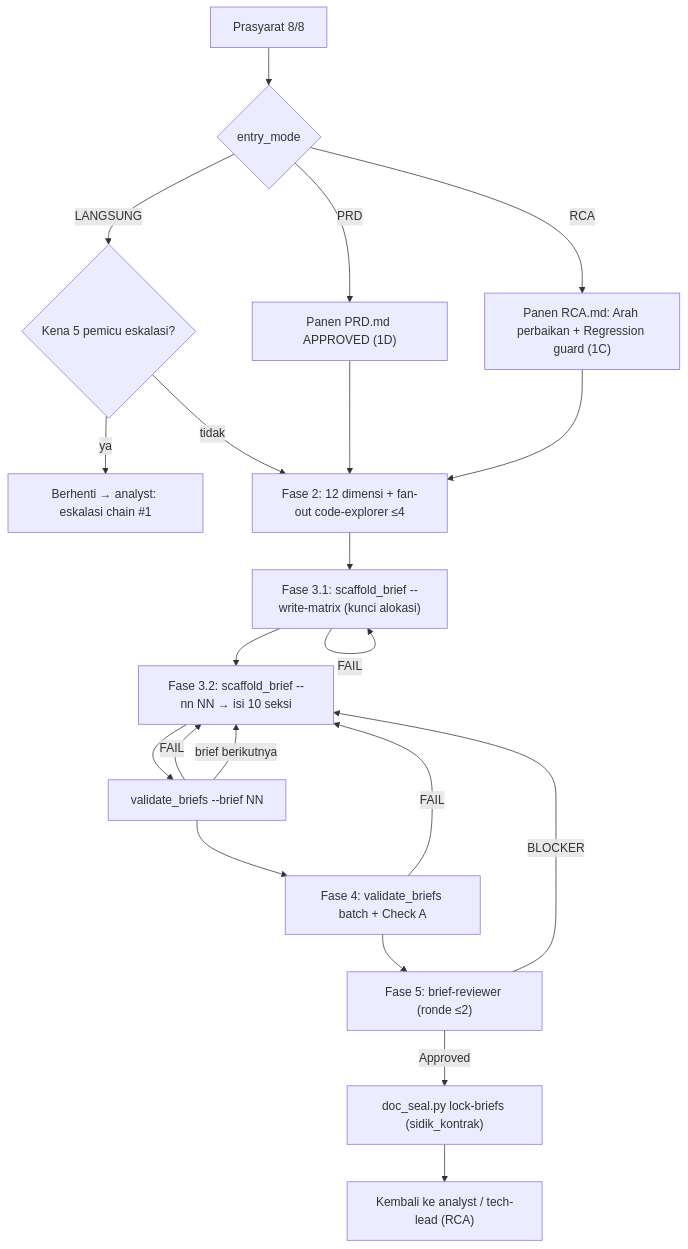
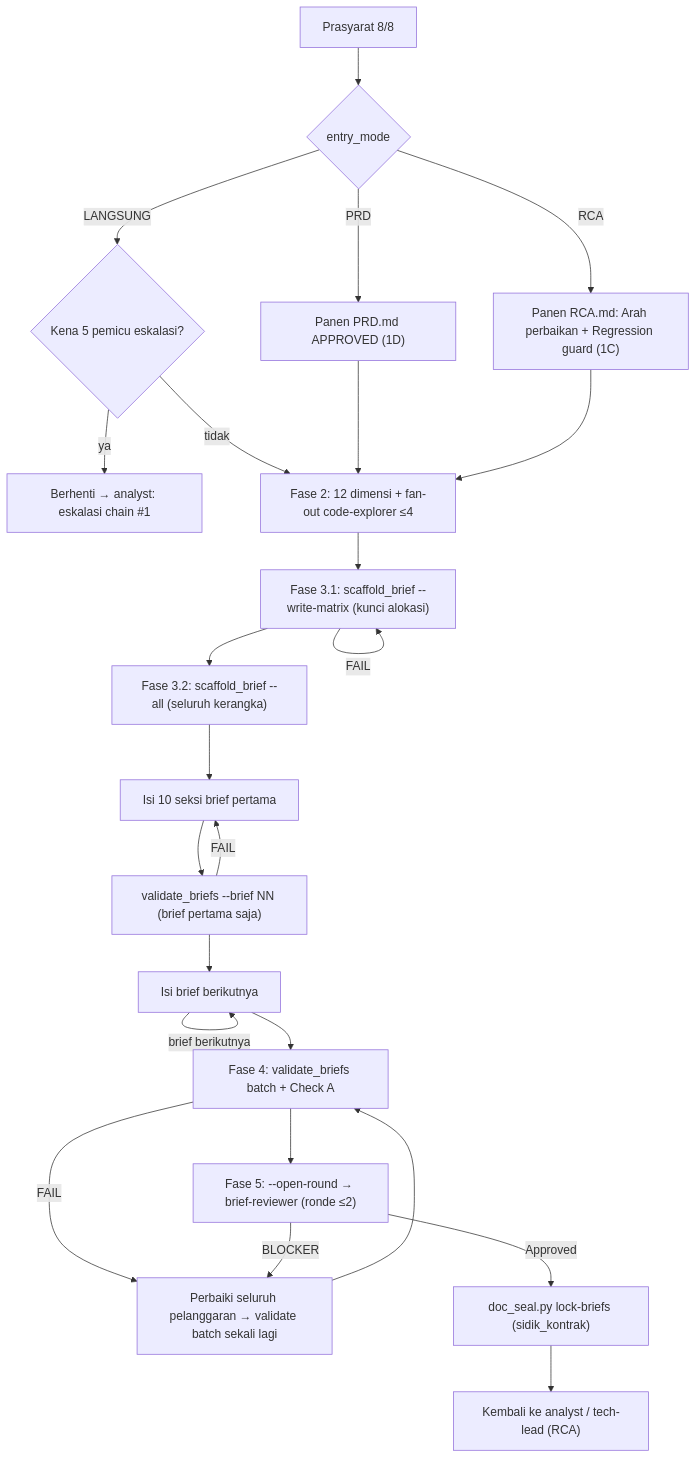
Before and after one commit to nataflow/agentic-workflow: the fourth of 7 diagrams in flow/backend.md, drawn with Mermaid. The commit also changed other lines of this file and 9 other files, not shown here.

First line of the commit message:
feat(backend): plan hemat giliran — kerangka sekaligus, --open-round membawa state, gerbang brief pertama, contoh spec (35 G1–G4)

````diff
--- a/flow/backend.md
+++ b/flow/backend.md
@@ -324,23 +324,26 @@
 ```mermaid
 flowchart TD
     A["Prasyarat 8/8"] --> B{"entry_mode"}
     B -->|PRD| B1["Panen PRD.md APPROVED (1D)"]
     B -->|RCA| B2["Panen RCA.md: Arah perbaikan + Regression guard (1C)"]
     B -->|LANGSUNG| B3{"Kena 5 pemicu eskalasi?"}
     B3 -->|ya| ESC["Berhenti → analyst: eskalasi chain #1"]
     B3 -->|tidak| C
     B1 --> C["Fase 2: 12 dimensi + fan-out code-explorer ≤4"]
     B2 --> C
     C --> D["Fase 3.1: scaffold_brief --write-matrix (kunci alokasi)"]
     D -->|FAIL| D
-    D --> E["Fase 3.2: scaffold_brief --nn NN → isi 10 seksi"]
-    E --> F["validate_briefs --brief NN"]
+    D --> E0["Fase 3.2: scaffold_brief --all (seluruh kerangka)"]
+    E0 --> E["Isi 10 seksi brief pertama"]
+    E --> F["validate_briefs --brief NN (brief pertama saja)"]
     F -->|FAIL| E
-    F -->|"brief berikutnya"| E
-    F --> G["Fase 4: validate_briefs batch + Check A"]
-    G -->|FAIL| E
-    G --> H["Fase 5: brief-reviewer (ronde ≤2)"]
-    H -->|"BLOCKER"| E
+    F --> E2["Isi brief berikutnya"]
+    E2 -->|"brief berikutnya"| E2
+    E2 --> G["Fase 4: validate_briefs batch + Check A"]
+    G -->|FAIL| FX["Perbaiki seluruh pelanggaran → validate batch sekali lagi"]
+    FX --> G
+    G --> H["Fase 5: --open-round → brief-reviewer (ronde ≤2)"]
+    H -->|"BLOCKER"| FX
     H -->|Approved| I["doc_seal.py lock-briefs (sidik_kontrak)"]
     I --> J["Kembali ke analyst / tech-lead (RCA)"]
 ```
````
